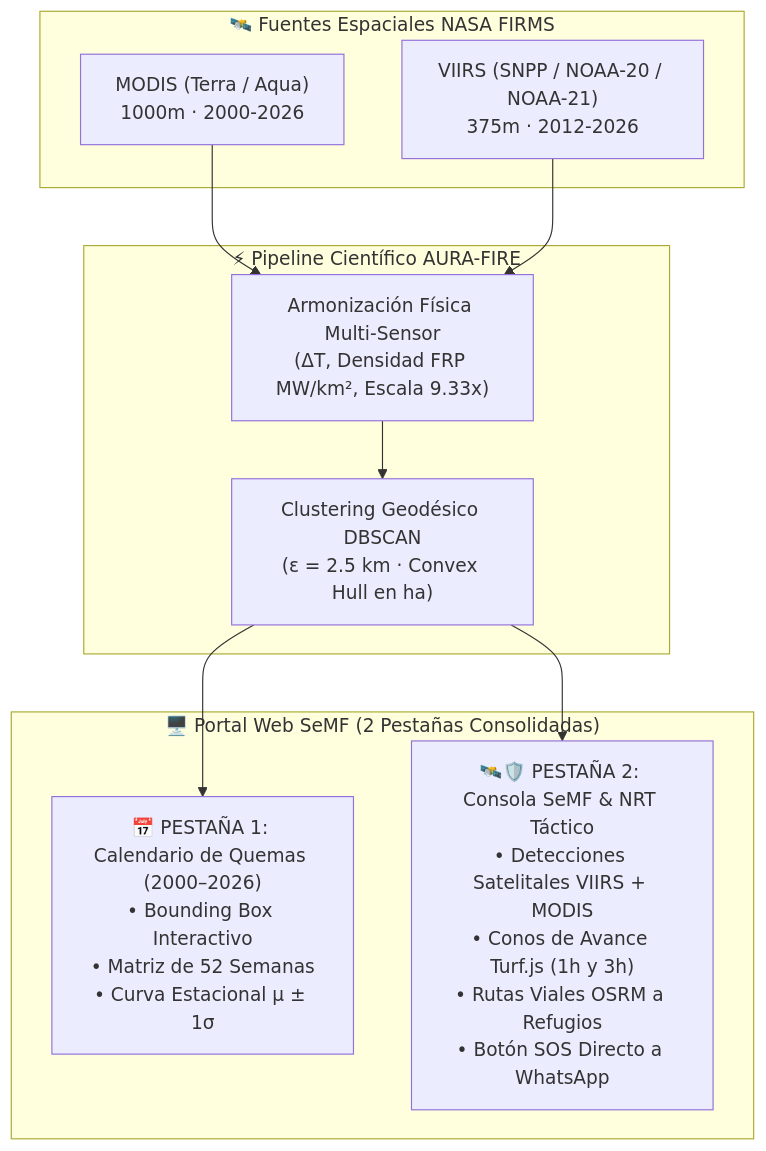
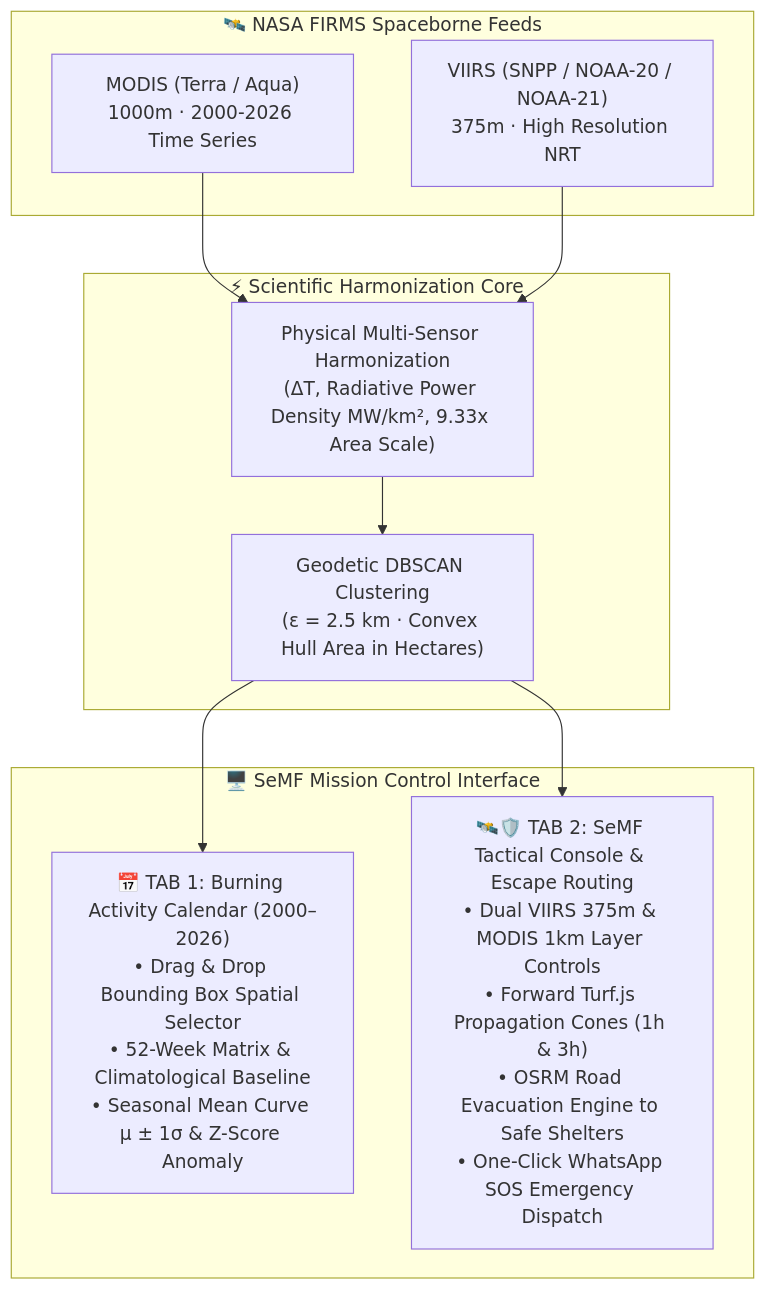
The diagram in README.md (Fjoel00/HackatonNASA), drawn with Mermaid before and after one commit. The commit also changed other lines of this file and 1 other file, not shown here.

````diff
--- a/README.md
+++ b/README.md
@@ -29,23 +41,23 @@
 ```mermaid
 flowchart TD
-    subgraph NASA ["🛰️ Fuentes Espaciales NASA FIRMS"]
-        MODIS["MODIS (Terra / Aqua)<br>1000m · 2000-2026"]
-        VIIRS["VIIRS (SNPP / NOAA-20 / NOAA-21)<br>375m · 2012-2026"]
+    subgraph Space ["🛰️ NASA FIRMS Spaceborne Feeds"]
+        MODIS["MODIS (Terra / Aqua)<br>1000m · 2000-2026 Time Series"]
+        VIIRS["VIIRS (SNPP / NOAA-20 / NOAA-21)<br>375m · High Resolution NRT"]
     end
 
-    subgraph Core ["⚡ Pipeline Científico AURA-FIRE"]
-        Harmonizer["Armonización Física Multi-Sensor<br>(ΔT, Densidad FRP MW/km², Escala 9.33x)"]
-        DBSCAN["Clustering Geodésico DBSCAN<br>(ε = 2.5 km · Convex Hull en ha)"]
+    subgraph Core ["⚡ Scientific Harmonization Core"]
+        Harmonizer["Physical Multi-Sensor Harmonization<br>(ΔT, Radiative Power Density MW/km², 9.33x Area Scale)"]
+        DBSCAN["Geodetic DBSCAN Clustering<br>(ε = 2.5 km · Convex Hull Area in Hectares)"]
     end
 
-    subgraph App ["🖥️ Portal Web SeMF (2 Pestañas Consolidadas)"]
-        Tab1["📅 PESTAÑA 1: Calendario de Quemas (2000–2026)<br>• Bounding Box Interactivo<br>• Matriz de 52 Semanas<br>• Curva Estacional μ ± 1σ"]
-        Tab2["🛰️🛡️ PESTAÑA 2: Consola SeMF & NRT Táctico<br>• Detecciones Satelitales VIIRS + MODIS<br>• Conos de Avance Turf.js (1h y 3h)<br>• Rutas Viales OSRM a Refugios<br>• Botón SOS Directo a WhatsApp"]
+    subgraph App ["🖥️ SeMF Mission Control Interface"]
+        Tab1["📅 TAB 1: Burning Activity Calendar (2000–2026)<br>• Drag & Drop Bounding Box Spatial Selector<br>• 52-Week Matrix & Climatological Baseline<br>• Seasonal Mean Curve μ ± 1σ & Z-Score Anomaly"]
+        Tab2["🛰️🛡️ TAB 2: SeMF Tactical Console & Escape Routing<br>• Dual VIIRS 375m & MODIS 1km Layer Controls<br>• Forward Turf.js Propagation Cones (1h & 3h)<br>• OSRM Road Evacuation Engine to Safe Shelters<br>• One-Click WhatsApp SOS Emergency Dispatch"]
     end
 
     MODIS --> Harmonizer
     VIIRS --> Harmonizer
     Harmonizer --> DBSCAN
     DBSCAN --> Tab1
     DBSCAN --> Tab2
 ```
````
